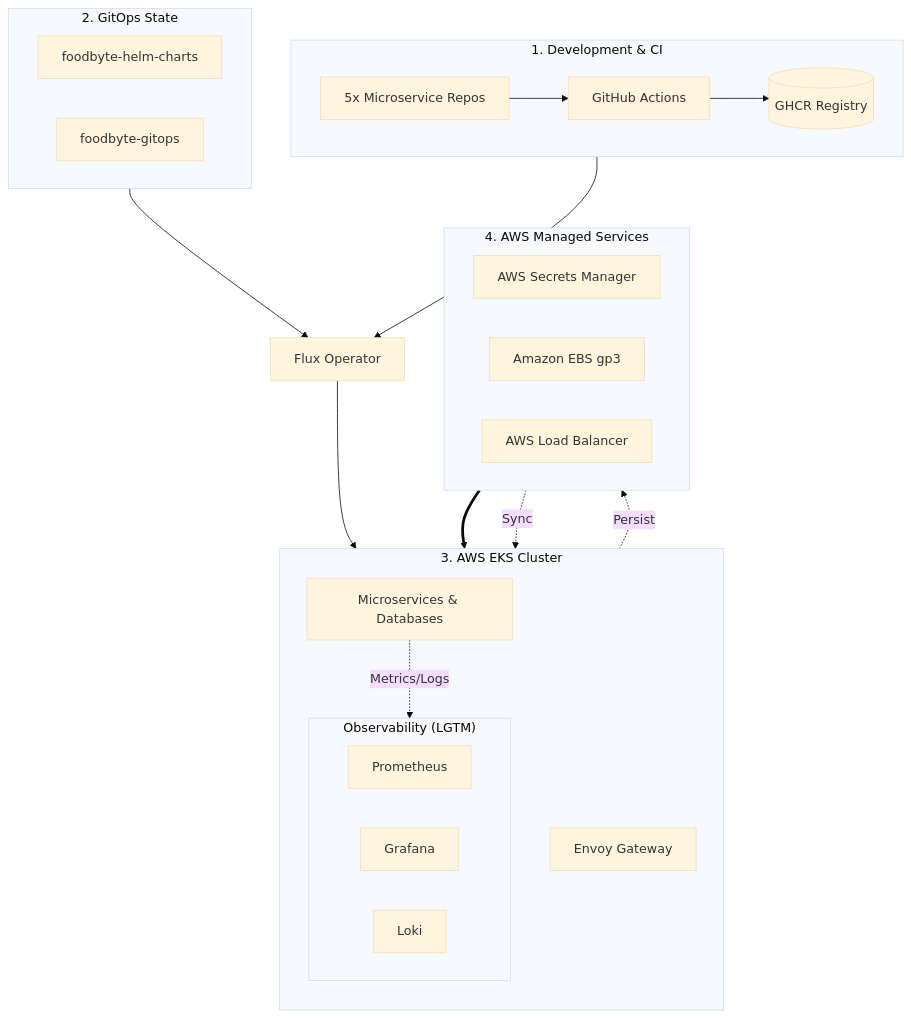
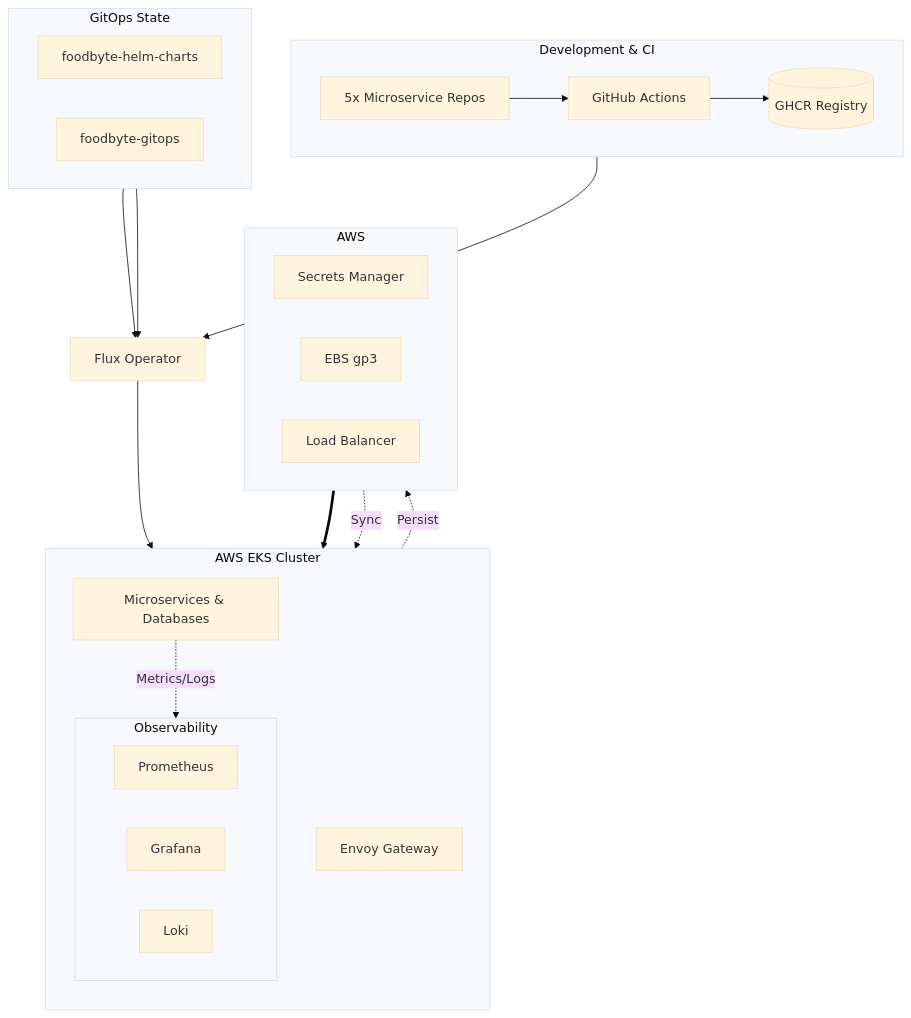
Before and after one commit to ansuman-satapathy/foodbyte-gitops: the diagram in README.md, drawn with Mermaid (base theme). The commit also changed other lines of this file and 1 other file, not shown here.

````diff
--- a/README.md
+++ b/README.md
@@ -23,50 +21,51 @@
 ```mermaid
 flowchart TD
     %% Layer 1: CI Pipeline
-    subgraph Dev_CI ["1. Development & CI"]
+    subgraph Dev_CI ["Development & CI"]
         direction LR
         Repos["5x Microservice Repos"] --> Actions["GitHub Actions"]
         Actions --> GHCR[("GHCR Registry")]
     end
 
     %% Layer 2: GitOps Logic
-    subgraph Logic ["2. GitOps State"]
+    subgraph Logic ["GitOps State"]
         direction LR
         Charts["foodbyte-helm-charts"]
         GitOps["foodbyte-gitops"]
     end
 
     %% Layer 3: Orchestration
     Flux["Flux Operator"]
 
     %% Layer 4: Cluster Workloads
-    subgraph Cluster ["3. AWS EKS Cluster"]
+    subgraph Cluster ["AWS EKS Cluster"]
         direction TB
         Gateway["Envoy Gateway"]
         Apps["Microservices & Databases"]
-        subgraph Monitoring ["Observability (LGTM)"]
+        subgraph Monitoring ["Observability"]
             Prom["Prometheus"]
             Grafana["Grafana"]
             Loki["Loki"]
         end
     end
 
     %% Layer 5: AWS Services
-    subgraph AWS_Svc ["4. AWS Managed Services"]
+    subgraph AWS_Svc ["AWS"]
         direction LR
-        Secrets["AWS Secrets Manager"]
-        Storage["Amazon EBS gp3"]
-        LB["AWS Load Balancer"]
+        Secrets["Secrets Manager"]
+        Storage["EBS gp3"]
+        LB["Load Balancer"]
     end
 
     %% Delivery Flow
     GHCR --> Flux
-    Logic --> Flux
+    Charts --> Flux
+    GitOps --> Flux
     Flux --> Cluster
 
     %% Internal Links
     LB ==> Gateway
     Secrets -. "Sync" .-> Apps
     Apps -. "Persist" .-> Storage
     Apps -. "Metrics/Logs" .-> Monitoring
 ```
````
